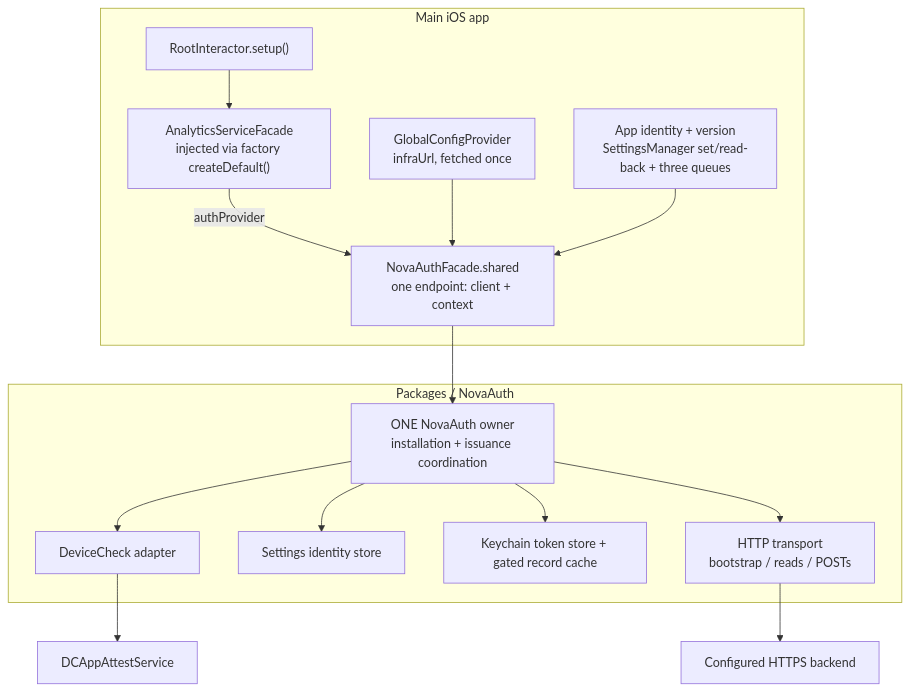
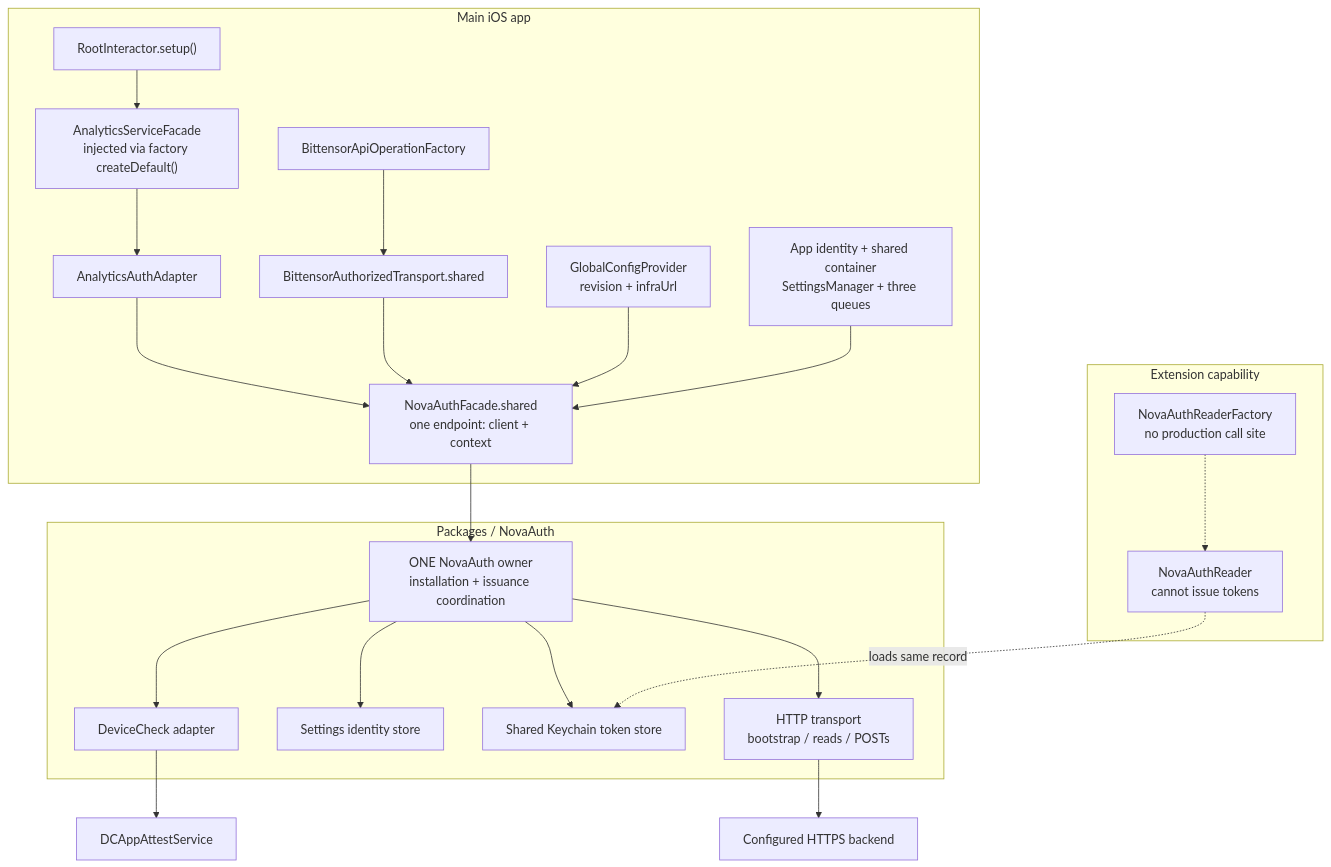
One commit to novasamatech/nova-wallet-ios changed the first of 10 diagrams in .claude/docs/architecture/novaauth-client-diagrams.md. Above: the diagram before and after it, drawn with Mermaid. The commit also changed other lines of this file and 1 other file, not shown here.

Commit message:
document the bittensor side of the nova auth client architecture

````diff
--- a/.claude/docs/architecture/novaauth-client-diagrams.md
+++ b/.claude/docs/architecture/novaauth-client-diagrams.md
@@ -13,18 +14,25 @@
 ```mermaid
 flowchart TB
   subgraph APP["Main iOS app"]
     ROOT["RootInteractor.setup()"] --> AF["AnalyticsServiceFacade<br/>injected via factory createDefault()"]
-    AF -- "authProvider" --> F["NovaAuthFacade.shared<br/>one endpoint: client + context"]
-    CONFIG["GlobalConfigProvider<br/>infraUrl, fetched once"] --> F
-    HOST["App identity + version<br/>SettingsManager set/read-back + three queues"] --> F
+    AF --> AA["AnalyticsAuthAdapter"]
+    BT["BittensorApiOperationFactory"] --> TR["BittensorAuthorizedTransport.shared"]
+    AA --> F["NovaAuthFacade.shared<br/>one endpoint: client + context"]
+    TR --> F
+    CONFIG["GlobalConfigProvider<br/>revision + infraUrl"] --> F
+    HOST["App identity + shared container<br/>SettingsManager + three queues"] --> F
   end
   subgraph PACKAGE["Packages / NovaAuth"]
     F --> OWNER["ONE NovaAuth owner<br/>installation + issuance coordination"]
     OWNER --> APPLE["DeviceCheck adapter"]
     OWNER --> STATE["Settings identity store"]
-    OWNER --> TOKEN["Keychain token store + gated record cache"]
+    OWNER --> TOKEN["Shared Keychain token store"]
     OWNER --> HTTP["HTTP transport<br/>bootstrap / reads / POSTs"]
   end
   HTTP --> BACKEND["Configured HTTPS backend"]
   APPLE --> OS["DCAppAttestService"]
+  subgraph EXT["Extension capability"]
+    FACT["NovaAuthReaderFactory<br/>no production call site"] -.-> READER["NovaAuthReader<br/>cannot issue tokens"]
+  end
+  READER -. "loads same record" .-> TOKEN
 ```
````
